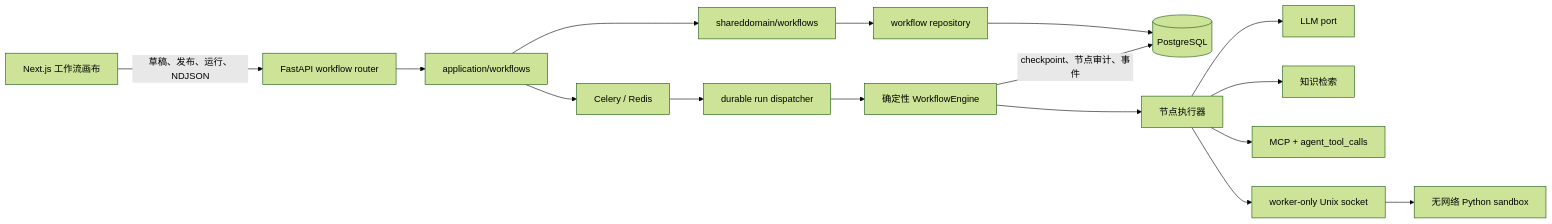
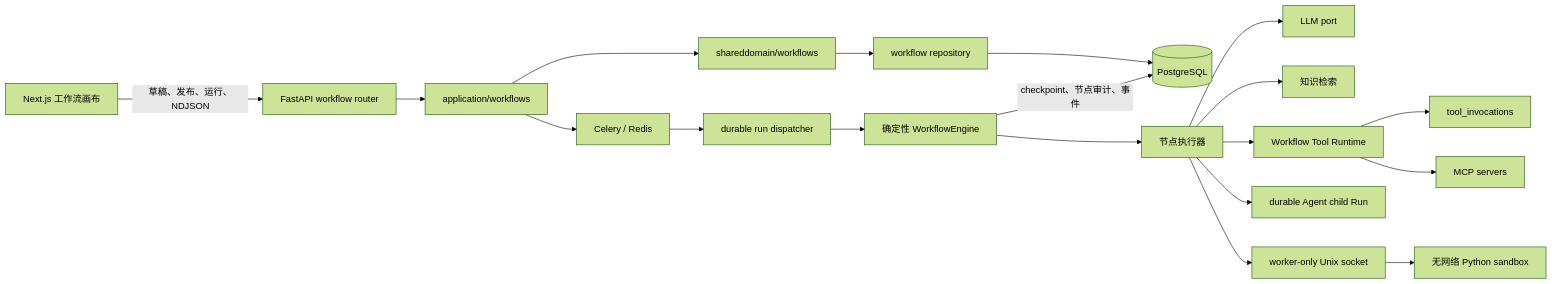
The first of 3 diagrams in docs/WORKFLOW_DESIGN.md (IQZZ020501/NexaFlow), drawn with Mermaid (forest theme) before and after one commit. The commit also changed other lines of this file and 7 other files, not shown here.

````diff
--- a/docs/WORKFLOW_DESIGN.md
+++ b/docs/WORKFLOW_DESIGN.md
@@ -37,19 +37,22 @@
 ```mermaid
 flowchart LR
     UI["Next.js 工作流画布"] -->|"草稿、发布、运行、NDJSON"| API["FastAPI workflow router"]
     API --> APP["application/workflows"]
     APP --> DOMAIN["shareddomain/workflows"]
     DOMAIN --> REPO["workflow repository"]
     REPO --> PG[("PostgreSQL")]
 
     APP --> QUEUE["Celery / Redis"]
     QUEUE --> DISPATCH["durable run dispatcher"]
     DISPATCH --> ENGINE["确定性 WorkflowEngine"]
     ENGINE --> NODES["节点执行器"]
     NODES --> LLM["LLM port"]
     NODES --> KB["知识检索"]
-    NODES --> MCP["MCP + agent_tool_calls"]
+    NODES --> TOOL["Workflow Tool Runtime"]
+    TOOL --> LEDGER["tool_invocations"]
+    TOOL --> MCP["MCP servers"]
+    NODES --> CHILD["durable Agent child Run"]
     NODES --> SOCKET["worker-only Unix socket"]
     SOCKET --> SANDBOX["无网络 Python sandbox"]
     ENGINE -->|"checkpoint、节点审计、事件"| PG
 ```
````
